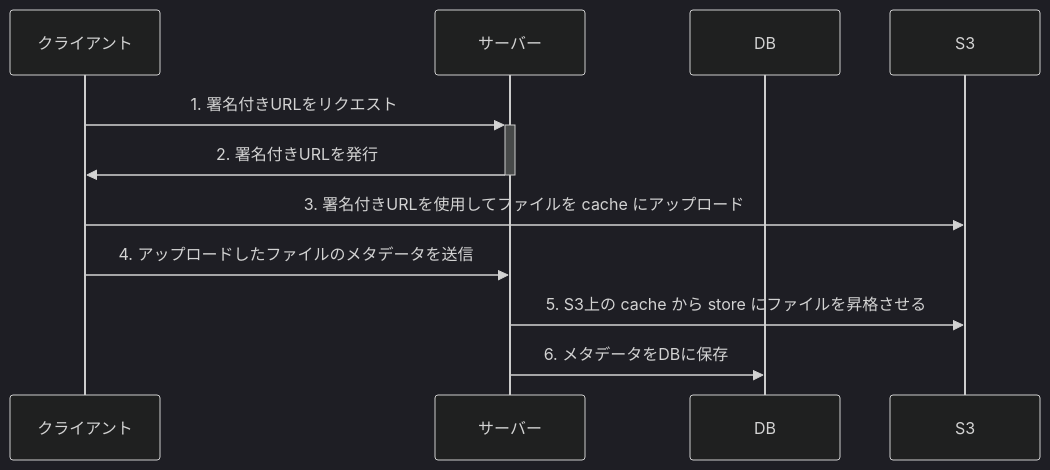
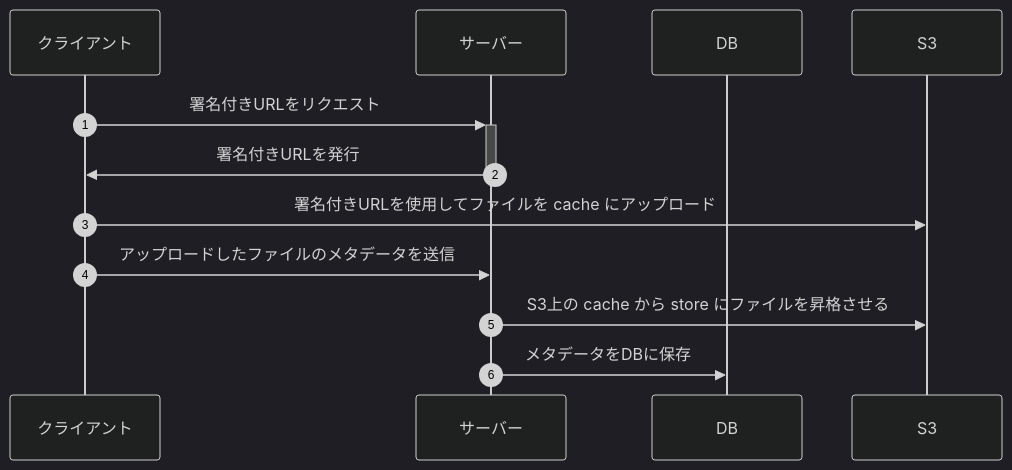
The diagram in README.md (MorrisFreeman/direct-upload-demo), drawn with Mermaid (dark theme) before and after one commit.

Commit message:
readme修正

````diff
--- a/README.md
+++ b/README.md
@@ -6,15 +6,16 @@
 ```mermaid
 sequenceDiagram
+    autonumber
     participant Client as クライアント
     participant Server as サーバー
     participant DB as DB
     participant S3 as S3
 
 
-    Client->>+Server: 1. 署名付きURLをリクエスト
-    Server->>-Client: 2. 署名付きURLを発行
-    Client->>S3: 3. 署名付きURLを使用してファイルを cache にアップロード
-    Client->>Server: 4. アップロードしたファイルのメタデータを送信
-    Server->>S3: 5. S3上の cache から store にファイルを昇格させる
-    Server->>DB: 6. メタデータをDBに保存
+    Client->>+Server: 署名付きURLをリクエスト
+    Server->>-Client: 署名付きURLを発行
+    Client->>S3: 署名付きURLを使用してファイルを cache にアップロード
+    Client->>Server: アップロードしたファイルのメタデータを送信
+    Server->>S3: S3上の cache から store にファイルを昇格させる
+    Server->>DB: メタデータをDBに保存
 ```
````
